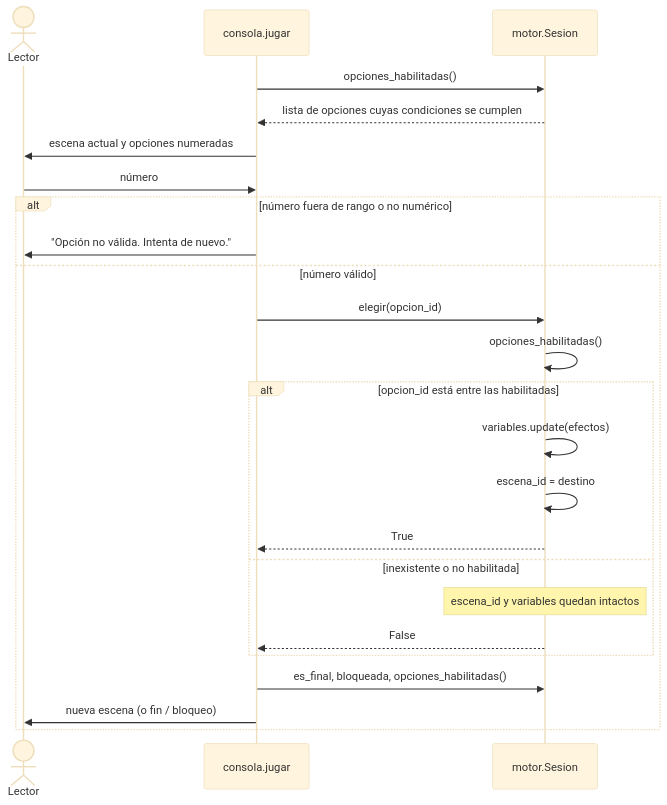
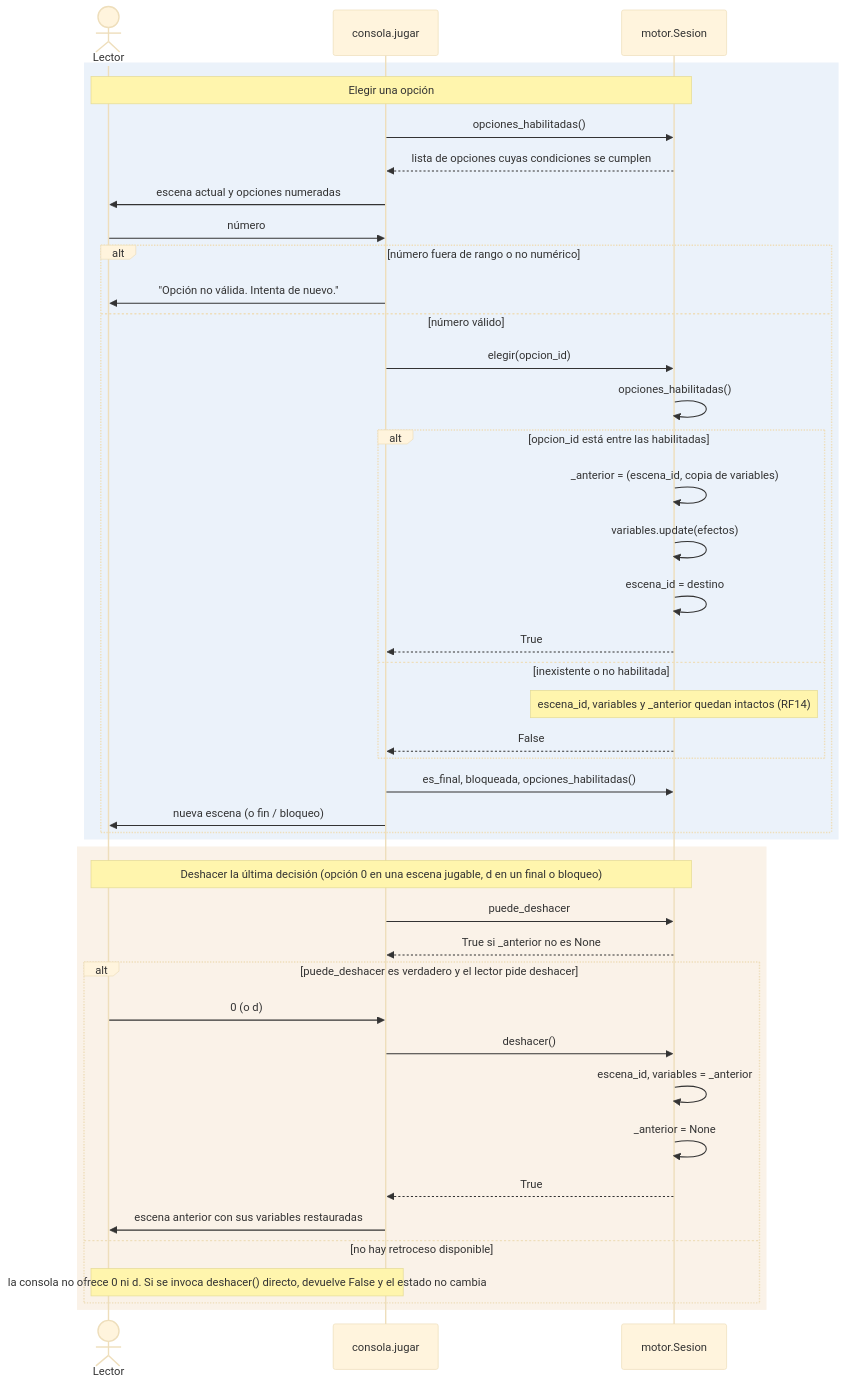
Before and after one commit to KevinUtb/Parcial_2_Ing: the diagram in docs/modelos/04_secuencia_elegir_opcion.mmd, drawn with Mermaid (base theme). The commit also changed 7 other files, not shown here.

```diff
--- a/docs/modelos/04_secuencia_elegir_opcion.mmd
+++ b/docs/modelos/04_secuencia_elegir_opcion.mmd
@@ -1,28 +1,49 @@
-%% Secuencia de "elegir una opción" (Unidad 5), según consola.jugar() y Sesion.elegir().
+%% Secuencia de "elegir una opción" y de "deshacer" (Unidad 5), según consola.jugar(), Sesion.elegir() y Sesion.deshacer().
 %% Desde la consola solo se puede enviar una opción habilitada (el número indexa la lista filtrada).
-%% El caso "no habilitada" llega a Sesion.elegir() al llamarlo directo (CA02, test U3).
+%% El caso "no habilitada" llega a Sesion.elegir() al llamarlo directo (CA02, test U3, test U6).
+%% SC01: elegir guarda la instantánea ANTES de aplicar efectos; deshacer la restaura y la consume (un solo nivel).
 sequenceDiagram
     actor Lector
     participant Consola as consola.jugar
     participant Sesion as motor.Sesion
 
+    rect rgb(235, 242, 250)
+    Note over Lector,Sesion: Elegir una opción
     Consola->>Sesion: opciones_habilitadas()
     Sesion-->>Consola: lista de opciones cuyas condiciones se cumplen
     Consola->>Lector: escena actual y opciones numeradas
     Lector->>Consola: número
     alt número fuera de rango o no numérico
         Consola->>Lector: "Opción no válida. Intenta de nuevo."
     else número válido
         Consola->>Sesion: elegir(opcion_id)
         Sesion->>Sesion: opciones_habilitadas()
         alt opcion_id está entre las habilitadas
+            Sesion->>Sesion: _anterior = (escena_id, copia de variables)
             Sesion->>Sesion: variables.update(efectos)
             Sesion->>Sesion: escena_id = destino
             Sesion-->>Consola: True
         else inexistente o no habilitada
-            Note over Sesion: escena_id y variables quedan intactos
+            Note over Sesion: escena_id, variables y _anterior quedan intactos (RF14)
             Sesion-->>Consola: False
         end
         Consola->>Sesion: es_final, bloqueada, opciones_habilitadas()
         Consola->>Lector: nueva escena (o fin / bloqueo)
     end
+    end
+
+    rect rgb(250, 242, 232)
+    Note over Lector,Sesion: Deshacer la última decisión (opción 0 en una escena jugable, d en un final o bloqueo)
+    Consola->>Sesion: puede_deshacer
+    Sesion-->>Consola: True si _anterior no es None
+    alt puede_deshacer es verdadero y el lector pide deshacer
+        Lector->>Consola: 0 (o d)
+        Consola->>Sesion: deshacer()
+        Sesion->>Sesion: escena_id, variables = _anterior
+        Sesion->>Sesion: _anterior = None
+        Sesion-->>Consola: True
+        Consola->>Lector: escena anterior con sus variables restauradas
+    else no hay retroceso disponible
+        Note over Consola,Lector: la consola no ofrece 0 ni d. Si se invoca deshacer() directo, devuelve False y el estado no cambia
+    end
+    end
```
